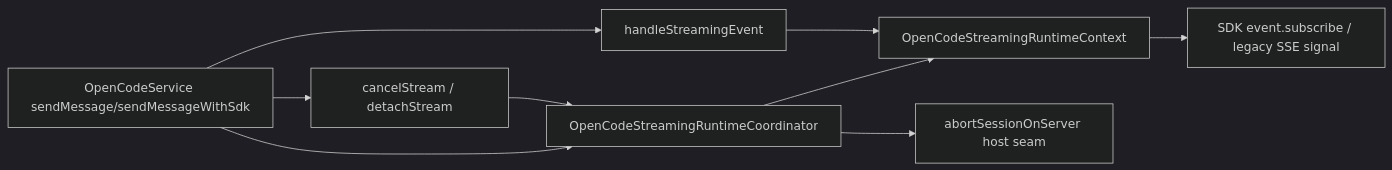
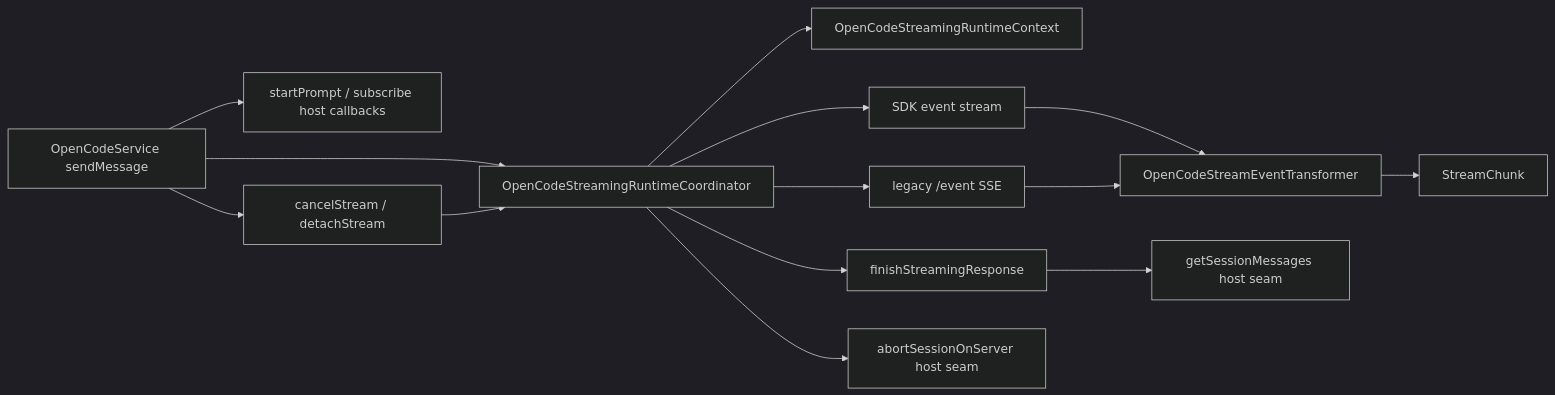
Before and after one commit to OCDcreator/opencodian: the diagram in docs/modules/core/opencode/OpenCodeStreamingRuntimeCoordinator.md, drawn with Mermaid (dark theme). The commit also changed other lines of this file and 8 other files, not shown here.

Commit message:
maintainability: round 391 - extract streaming transport seam

````diff
--- a/docs/modules/core/opencode/OpenCodeStreamingRuntimeCoordinator.md
+++ b/docs/modules/core/opencode/OpenCodeStreamingRuntimeCoordinator.md
@@ -49,11 +79,16 @@
 ```mermaid
 graph LR
-    A[OpenCodeService sendMessage/sendMessageWithSdk] --> B[OpenCodeStreamingRuntimeCoordinator]
-    B --> C[OpenCodeStreamingRuntimeContext]
-    C --> D[SDK event.subscribe / legacy SSE signal]
-    A --> E[handleStreamingEvent]
-    E --> C
-    A --> F[cancelStream / detachStream]
-    F --> B
-    B --> G[abortSessionOnServer host seam]
+    A[OpenCodeService sendMessage] --> B[OpenCodeStreamingRuntimeCoordinator]
+    A --> C[startPrompt / subscribe host callbacks]
+    B --> D[OpenCodeStreamingRuntimeContext]
+    B --> E[SDK event stream]
+    B --> F[legacy /event SSE]
+    E --> G[OpenCodeStreamEventTransformer]
+    F --> G
+    G --> H[StreamChunk]
+    B --> I[finishStreamingResponse]
+    I --> J[getSessionMessages host seam]
+    A --> K[cancelStream / detachStream]
+    K --> B
+    B --> L[abortSessionOnServer host seam]
 ```
````
